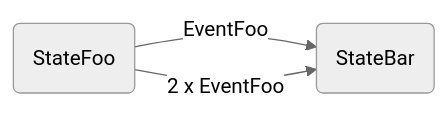
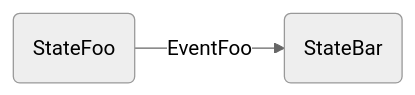
Before and after one commit to cocoonspace/fsm: the first of 2 diagrams in README.md, drawn with Mermaid (neutral theme). The commit also changed other lines of this file and 1 other file, not shown here.

````diff
--- a/README.md
+++ b/README.md
@@ -35,7 +26,6 @@
 ```mermaid
 flowchart LR
 	id0(StateBar)
 	id1(StateFoo)
 	id1--> |EventFoo| id0
-	id1--> |2 x EventFoo| id0
 ```
````
